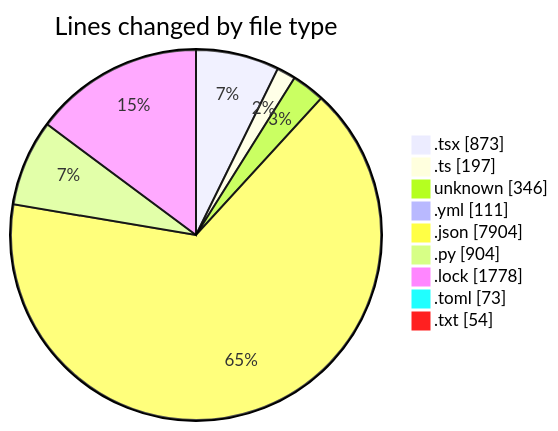
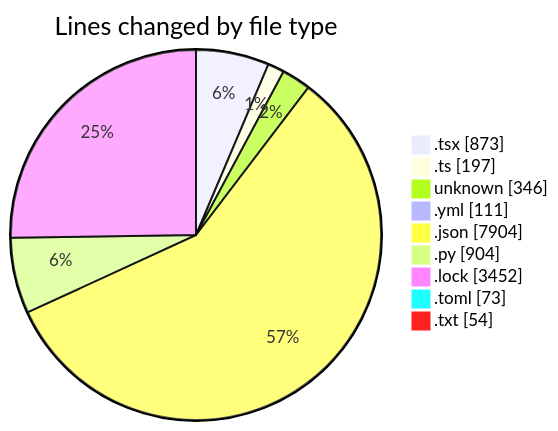
One commit to Elitesun/code-tracking changed the first of 2 diagrams in 2025-05-20/niten/README.md. Above: the diagram before and after it, drawn with Mermaid. The commit also changed other lines of this file and 1 other file, not shown here.

````diff
--- a/2025-05-20/niten/README.md
+++ b/2025-05-20/niten/README.md
@@ -45,13 +45,13 @@
 ```mermaid
 pie showData
 title Lines changed by file type
 ".tsx" : 873
 ".ts" : 197
 "unknown" : 346
 ".yml" : 111
 ".json" : 7904
 ".py" : 904
-".lock" : 1778
+".lock" : 3452
 ".toml" : 73
 ".txt" : 54
 ```
````
